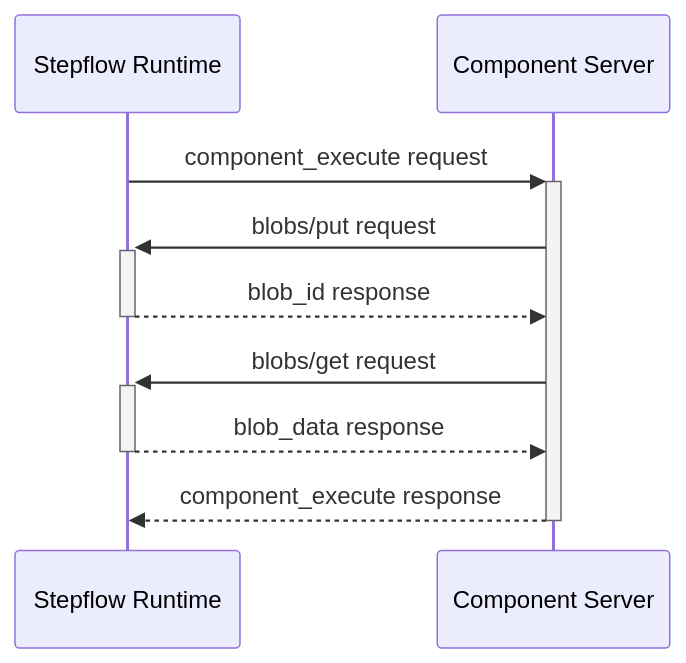
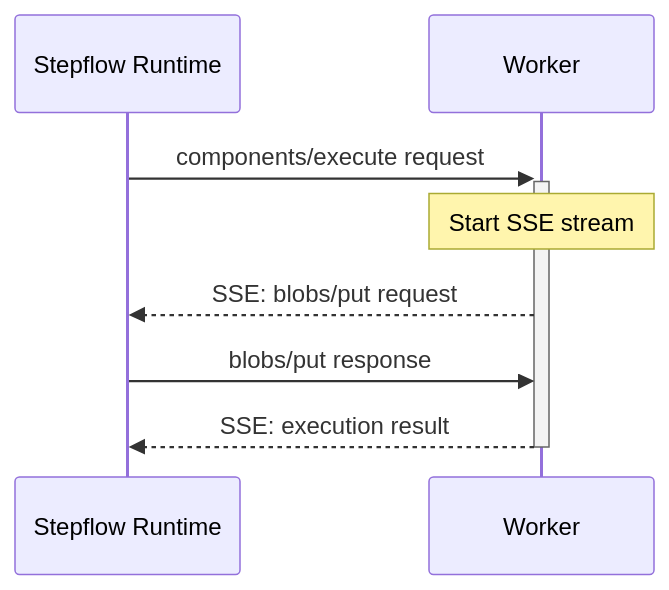
One commit to stepflow-ai/stepflow changed the third of 3 diagrams in docs/docs/protocol/index.md. Above: the diagram before and after it, drawn with Mermaid. The commit also changed other lines of this file and 8 other files, not shown here.

````diff
--- a/docs/docs/protocol/index.md
+++ b/docs/docs/protocol/index.md
@@ -125,12 +124,11 @@
 ```mermaid
 sequenceDiagram
     participant Runtime as Stepflow Runtime
-    participant Server as Component Server
+    participant Worker as Worker
 
-    Runtime->>+Server: component_execute request
-    Server->>+Runtime: blobs/put request
-    Runtime-->>-Server: blob_id response
-    Server->>+Runtime: blobs/get request
-    Runtime-->>-Server: blob_data response
-    Server-->>-Runtime: component_execute response
+    Runtime->>+Worker: components/execute request
+    Note over Worker: Start SSE stream
+    Worker-->>Runtime: SSE: blobs/put request
+    Runtime->>Worker: blobs/put response
+    Worker-->>-Runtime: SSE: execution result
 ```
````
